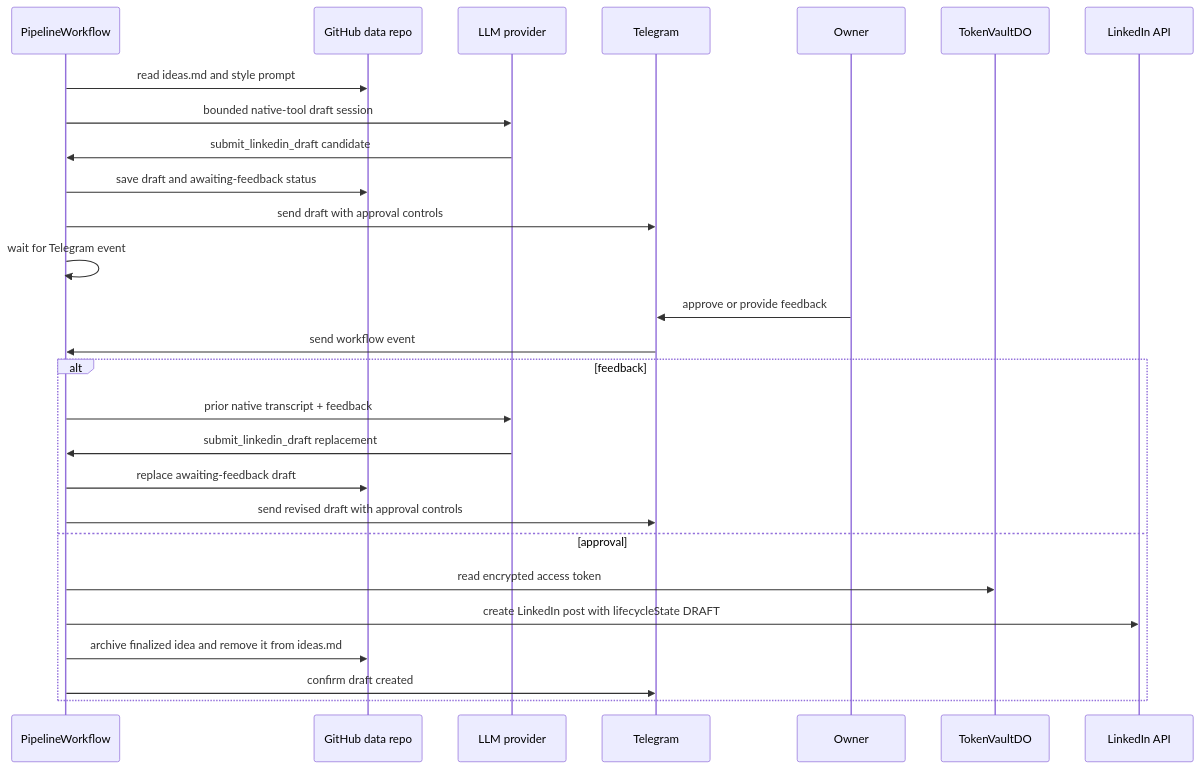
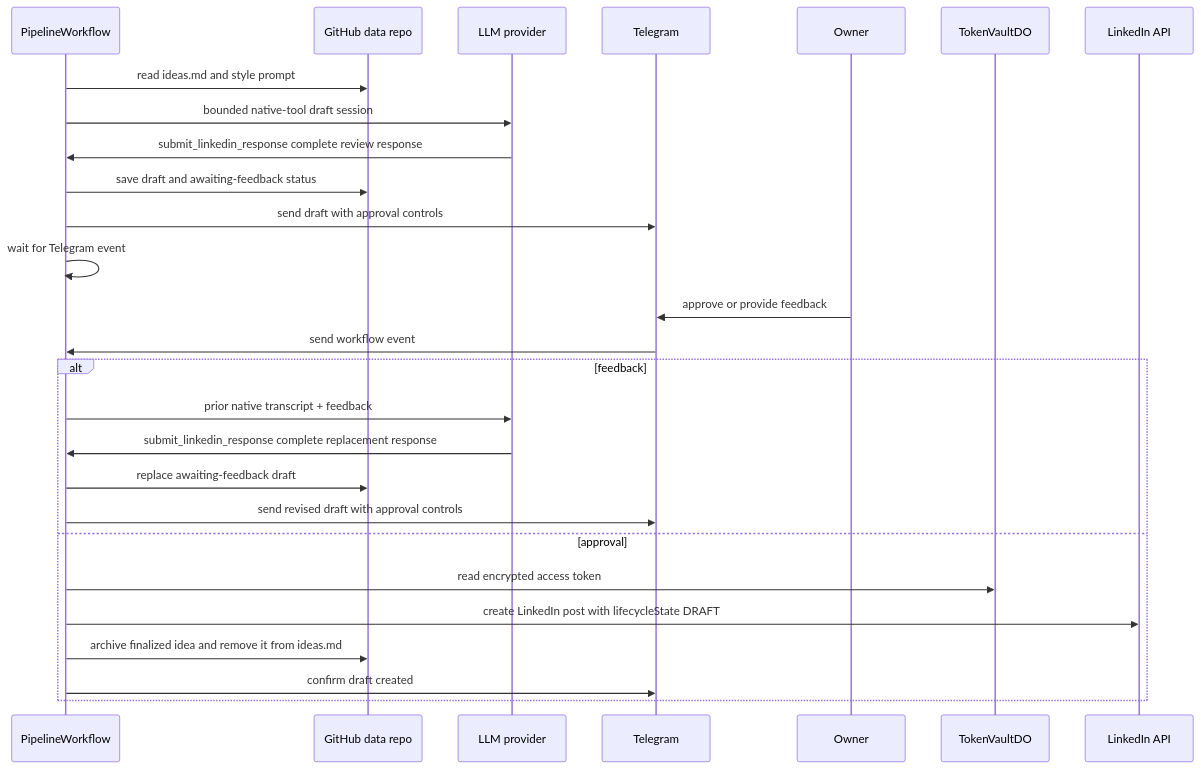
Before and after one commit to satwikhebbar/kipp: the second of 3 diagrams in docs/architecture/request-flows.md, drawn with Mermaid. The commit also changed 8 other files, not shown here.

````diff
--- a/docs/architecture/request-flows.md
+++ b/docs/architecture/request-flows.md
@@ -31,30 +31,30 @@
 ```mermaid
 sequenceDiagram
   participant P as PipelineWorkflow
   participant G as GitHub data repo
   participant L as LLM provider
   participant T as Telegram
   participant U as Owner
   participant V as TokenVaultDO
   participant LI as LinkedIn API
 
   P->>G: read ideas.md and style prompt
   P->>L: bounded native-tool draft session
-  L->>P: submit_linkedin_draft candidate
+  L->>P: submit_linkedin_response complete review response
   P->>G: save draft and awaiting-feedback status
   P->>T: send draft with approval controls
   P->>P: wait for Telegram event
   U->>T: approve or provide feedback
   T->>P: send workflow event
   alt feedback
     P->>L: prior native transcript + feedback
-    L->>P: submit_linkedin_draft replacement
+    L->>P: submit_linkedin_response complete replacement response
     P->>G: replace awaiting-feedback draft
     P->>T: send revised draft with approval controls
   else approval
     P->>V: read encrypted access token
     P->>LI: create LinkedIn post with lifecycleState DRAFT
     P->>G: archive finalized idea and remove it from ideas.md
     P->>T: confirm draft created
   end
 ```
````
